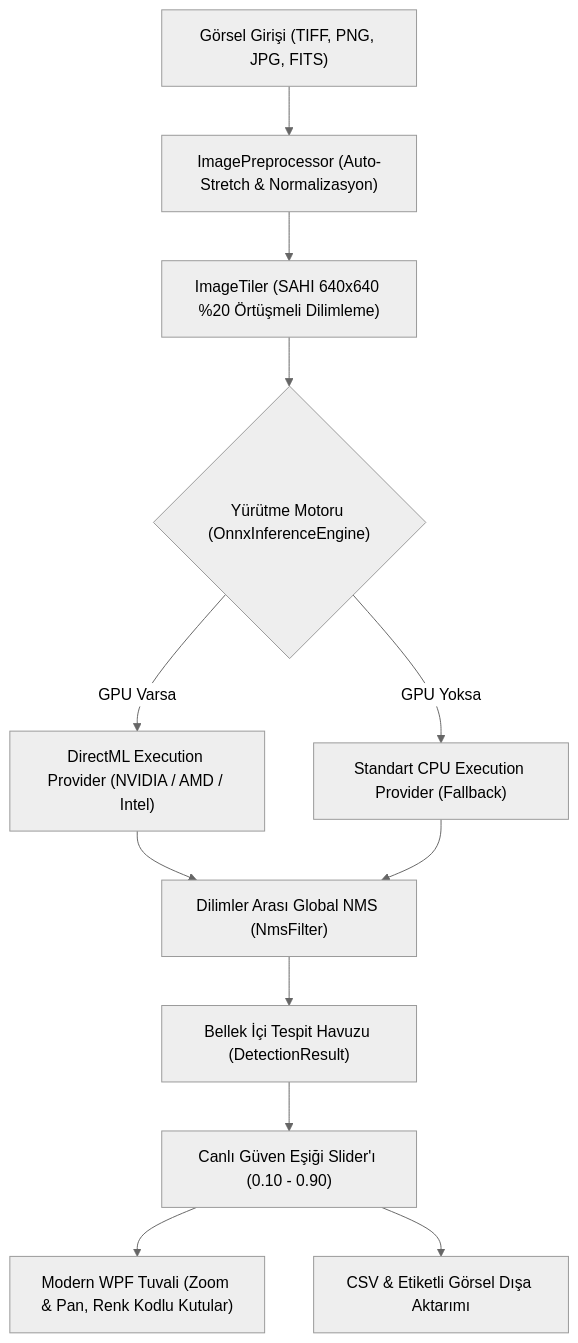
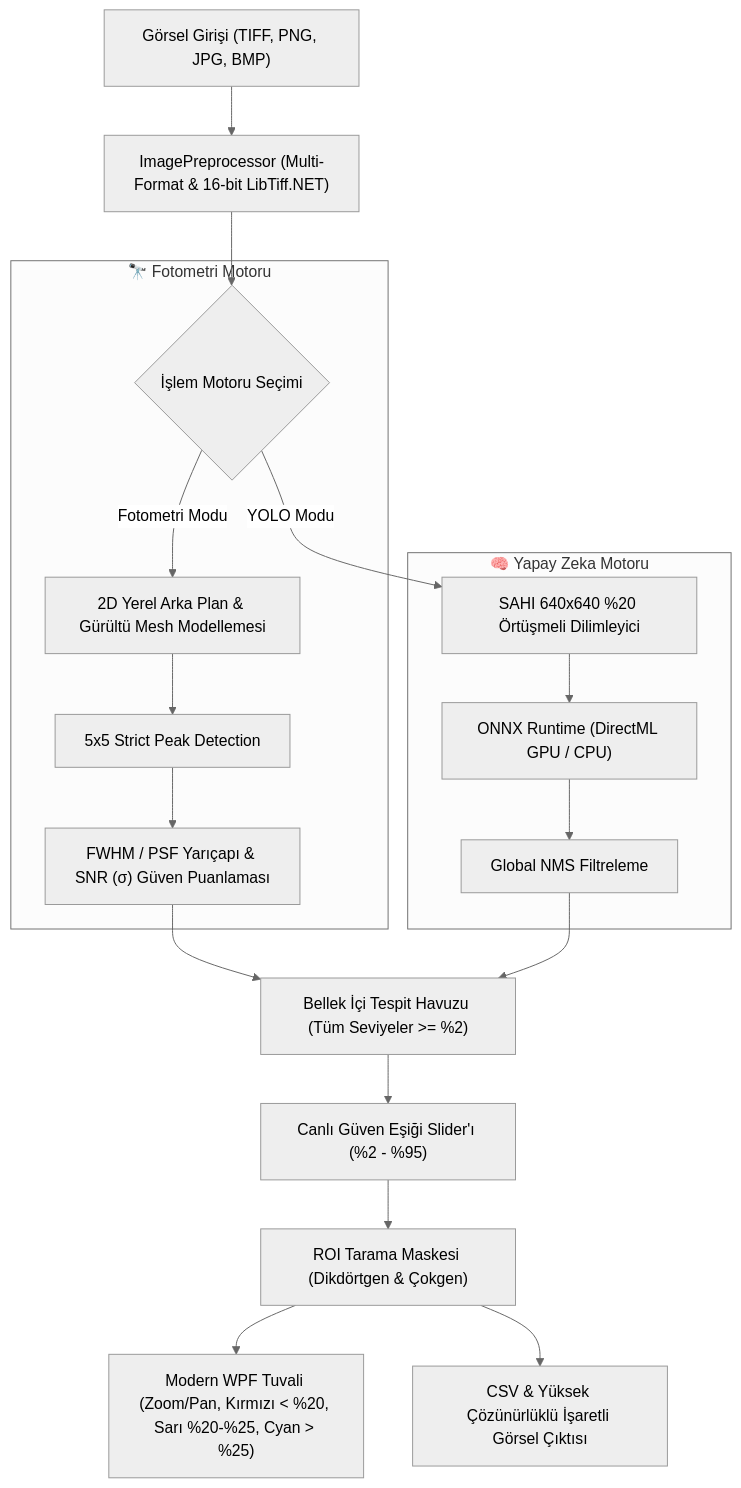
The diagram in README.md (ghostkronos/AstroCounter), drawn with Mermaid (neutral theme) before and after one commit. The commit also changed other lines of this file and 31 other files, not shown here.

Commit message:
feat: complete v1.0 architecture with TIFF support, dynamic UI, and documentation

````diff
--- a/README.md
+++ b/README.md
@@ -40,14 +118,26 @@
 ```mermaid
 flowchart TD
-    A["Görsel Girişi (TIFF, PNG, JPG, FITS)"] --> B["ImagePreprocessor (Auto-Stretch & Normalizasyon)"]
-    B --> C["ImageTiler (SAHI 640x640 %20 Örtüşmeli Dilimleme)"]
-    C --> D{"Yürütme Motoru (OnnxInferenceEngine)"}
-    D -- "GPU Varsa" --> E["DirectML Execution Provider (NVIDIA / AMD / Intel)"]
-    D -- "GPU Yoksa" --> F["Standart CPU Execution Provider (Fallback)"]
-    E --> G["Dilimler Arası Global NMS (NmsFilter)"]
-    F --> G
-    G --> H["Bellek İçi Tespit Havuzu (DetectionResult)"]
-    H --> I["Canlı Güven Eşiği Slider'ı (0.10 - 0.90)"]
-    I --> J["Modern WPF Tuvali (Zoom & Pan, Renk Kodlu Kutular)"]
-    I --> K["CSV & Etiketli Görsel Dışa Aktarımı"]
+    A["Görsel Girişi (TIFF, PNG, JPG, BMP)"] --> B["ImagePreprocessor (Multi-Format & 16-bit LibTiff.NET)"]
+    B --> C{"İşlem Motoru Seçimi"}
+    
+    subgraph "🔭 Fotometri Motoru"
+        C -- "Fotometri Modu" --> D1["2D Yerel Arka Plan & Gürültü Mesh Modellemesi"]
+        D1 --> D2["5x5 Strict Peak Detection"]
+        D2 --> D3["FWHM / PSF Yarıçapı & SNR (σ) Güven Puanlaması"]
+    end
+
+    subgraph "🧠 Yapay Zeka Motoru"
+        C -- "YOLO Modu" --> E1["SAHI 640x640 %20 Örtüşmeli Dilimleyici"]
+        E1 --> E2["ONNX Runtime (DirectML GPU / CPU)"]
+        E2 --> E3["Global NMS Filtreleme"]
+    end
+
+    D3 --> F["Bellek İçi Tespit Havuzu (Tüm Seviyeler >= %2)"]
+    E3 --> F
+
+    F --> G["Canlı Güven Eşiği Slider'ı (%2 - %95)"]
+    G --> H["ROI Tarama Maskesi (Dikdörtgen & Çokgen)"]
+    
+    H --> I["Modern WPF Tuvali (Zoom/Pan, Kırmızı < %20, Sarı %20-%25, Cyan > %25)"]
+    H --> J["CSV & Yüksek Çözünürlüklü İşaretli Görsel Çıktısı"]
 ```
````
